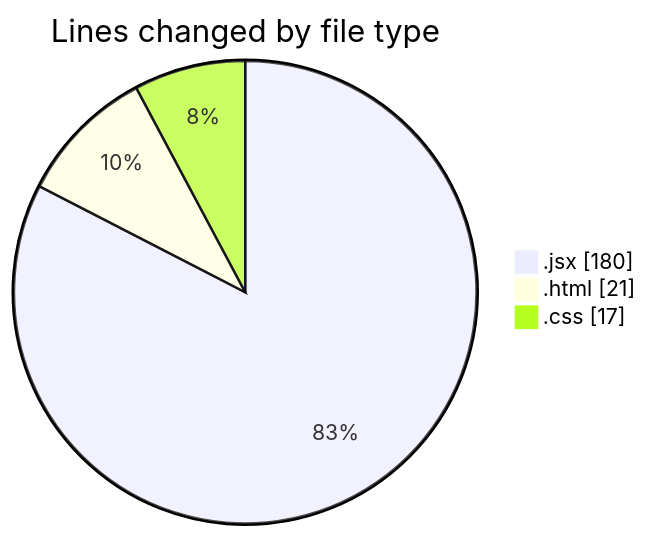
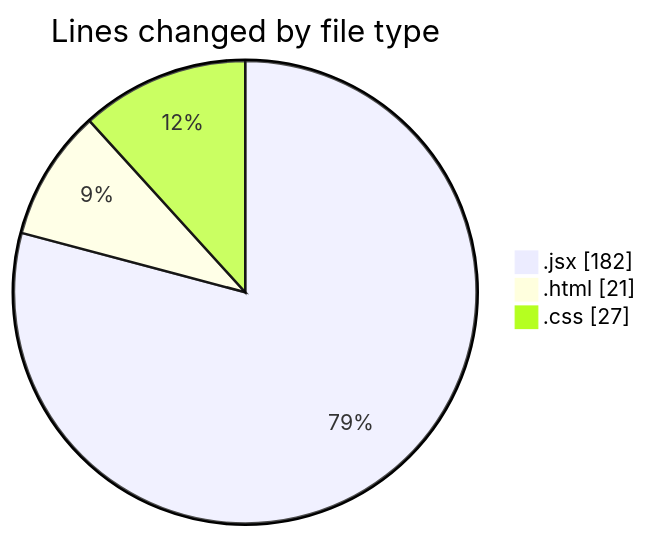
One commit to Elitesun/code-tracking changed the first of 2 diagrams in 2025-02-13/elitegpt/README.md. Above: the diagram before and after it, drawn with Mermaid. The commit also changed other lines of this file and 1 other file, not shown here.

````diff
--- a/2025-02-13/elitegpt/README.md
+++ b/2025-02-13/elitegpt/README.md
@@ -26,7 +26,7 @@
 ```mermaid
 pie showData
 title Lines changed by file type
-".jsx" : 180
+".jsx" : 182
 ".html" : 21
-".css" : 17
+".css" : 27
 ```
````
